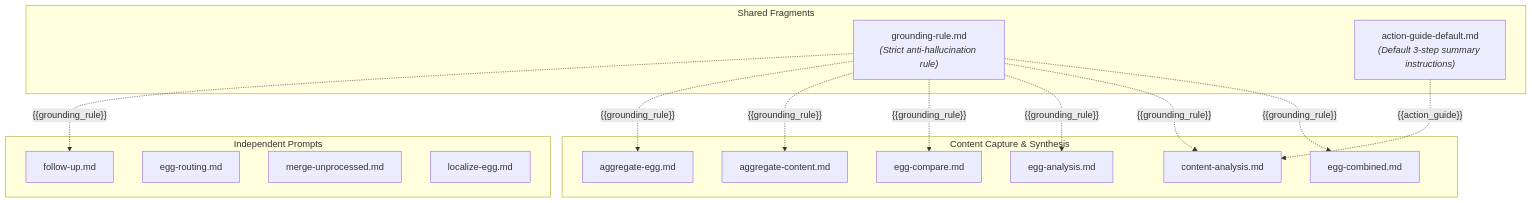
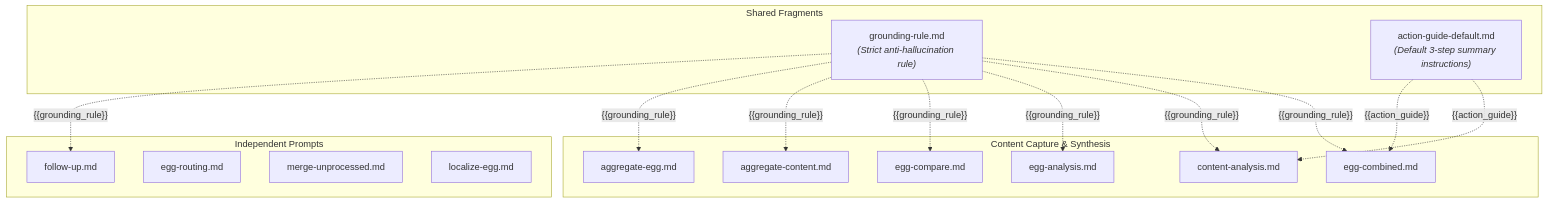
One commit to staff-000/nutegg changed the diagram in obsidian-plugin/src/workflow/README.md. Above: the diagram before and after it, drawn with Mermaid. The commit also changed other lines of this file and 1 other file, not shown here.

````diff
--- a/obsidian-plugin/src/workflow/README.md
+++ b/obsidian-plugin/src/workflow/README.md
@@ -102,33 +144,34 @@
 ```mermaid
 graph TD
     subgraph Shared Fragments
         GR["grounding-rule.md<br/><i>(Strict anti-hallucination rule)</i>"]
         AG["action-guide-default.md<br/><i>(Default 3-step summary instructions)</i>"]
     end
 
     subgraph Content Capture & Synthesis
         EC["egg-combined.md"]
         CA["content-analysis.md"]
         EA["egg-analysis.md"]
         CMP["egg-compare.md"]
         AC["aggregate-content.md"]
         AE["aggregate-egg.md"]
     end
 
     subgraph Independent Prompts
         FU["follow-up.md"]
         ROUT["egg-routing.md"]
         MU["merge-unprocessed.md"]
         LOC["localize-egg.md"]
     end
 
     AG -.->|"{{action_guide}}"| CA
+    AG -.->|"{{action_guide}}"| EC
 
     GR -.->|"{{grounding_rule}}"| EC
     GR -.->|"{{grounding_rule}}"| CA
     GR -.->|"{{grounding_rule}}"| EA
     GR -.->|"{{grounding_rule}}"| CMP
     GR -.->|"{{grounding_rule}}"| AC
     GR -.->|"{{grounding_rule}}"| AE
     GR -.->|"{{grounding_rule}}"| FU
 ```
````
